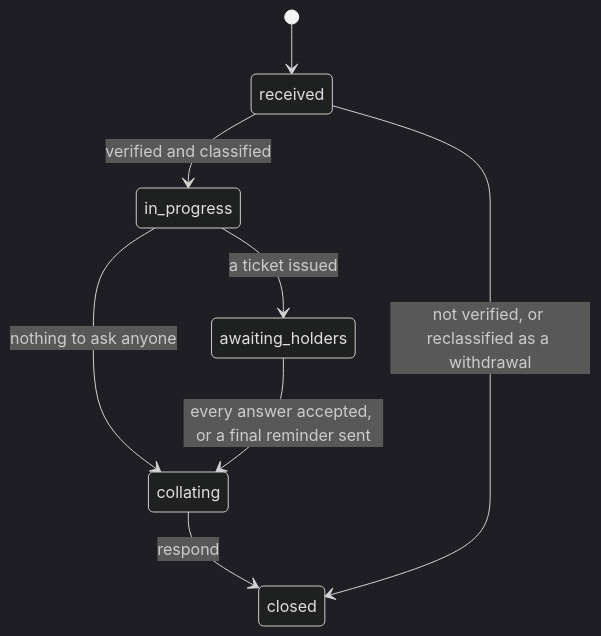
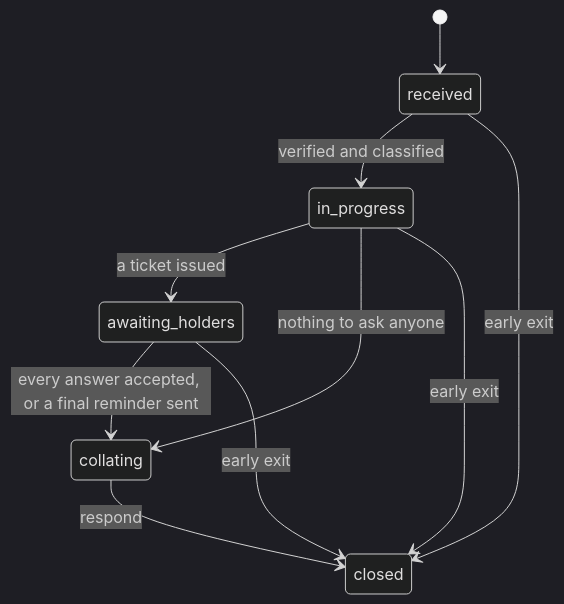
One commit to pranaldongare/COMPASS_CMP changed the diagram in docs/domain/rights-requests.md. Above: the diagram before and after it, drawn with Mermaid (dark theme). The commit also changed other lines of this file and 98 other files, not shown here.

````diff
--- a/docs/domain/rights-requests.md
+++ b/docs/domain/rights-requests.md
@@ -79,10 +81,12 @@
 ```mermaid
 stateDiagram-v2
   [*] --> received
   received --> in_progress: verified and classified
   in_progress --> awaiting_holders: a ticket issued
   in_progress --> collating: nothing to ask anyone
   awaiting_holders --> collating: every answer accepted, or a final reminder sent
   collating --> closed: respond
-  received --> closed: not verified, or reclassified as a withdrawal
+  received --> closed: early exit
+  in_progress --> closed: early exit
+  awaiting_holders --> closed: early exit
 ```
````
